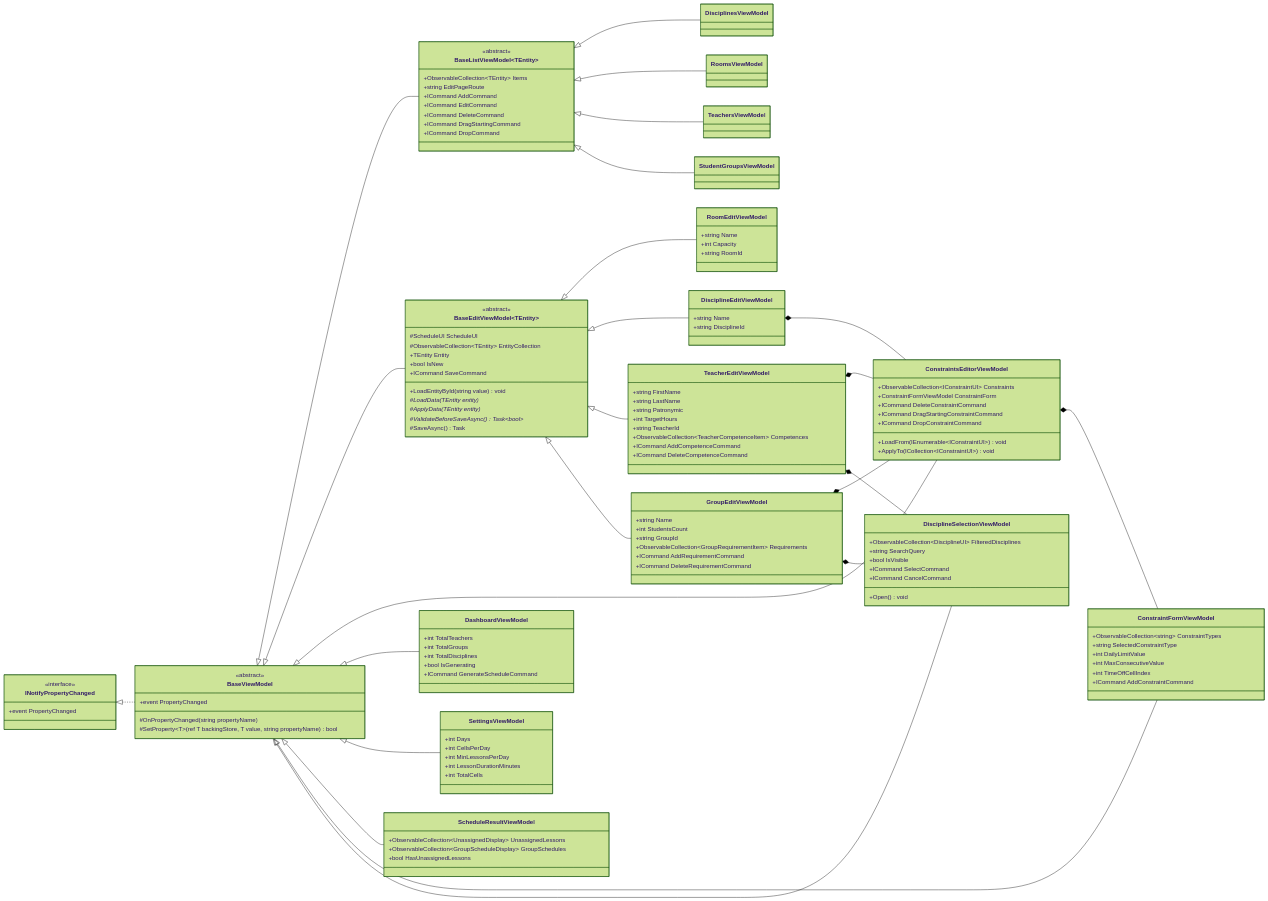
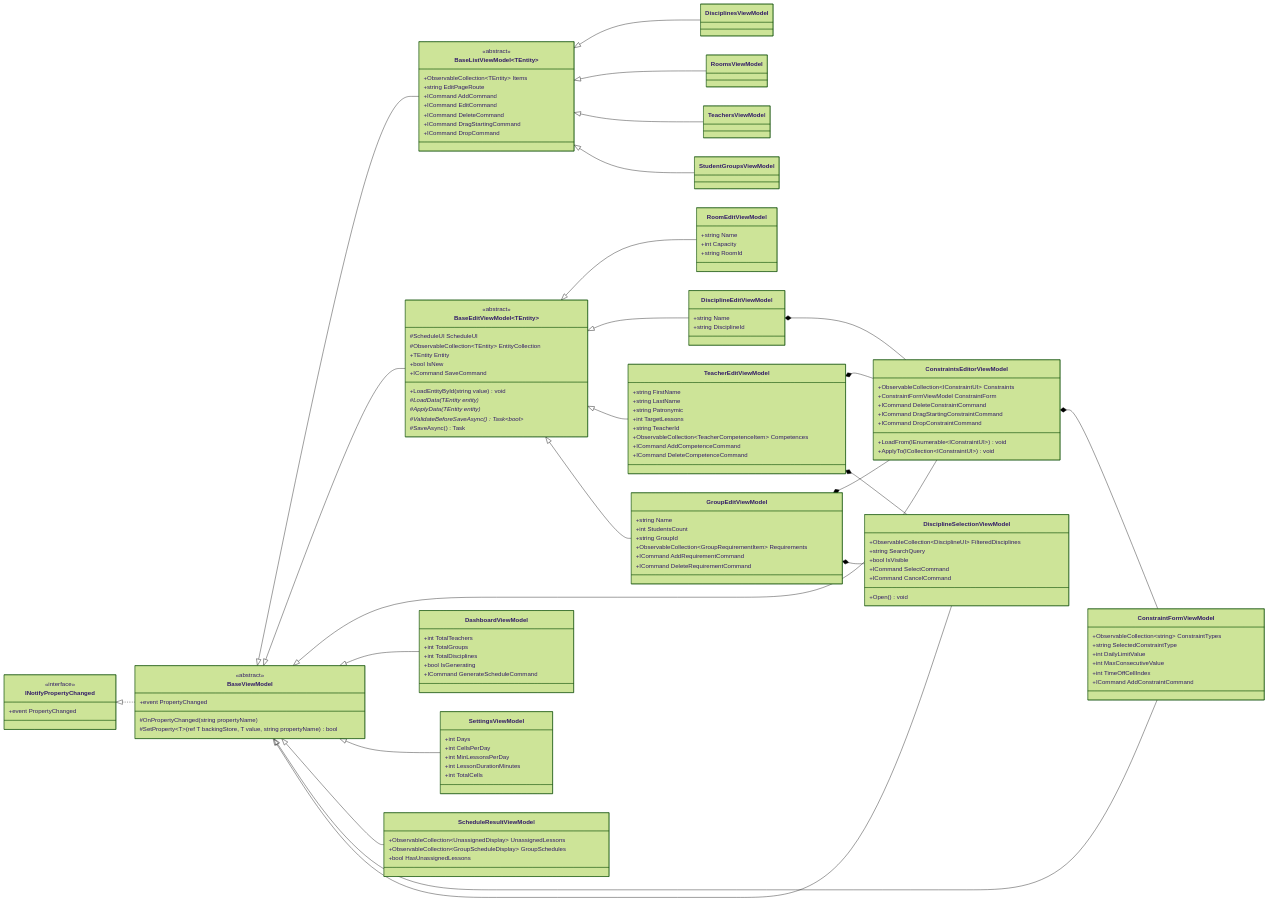
One commit to WDYT32/Lab1MAUI changed the sixth of 6 diagrams in README.md. Above: the diagram before and after it, drawn with Mermaid (forest theme). The commit also changed other lines of this file and 41 other files, not shown here.

```diff
--- a/README.md
+++ b/README.md
@@ -549,7 +549,7 @@
         +string FirstName
         +string LastName
         +string Patronymic
-        +int TargetHours
+        +int TargetLessons
         +string TeacherId
         +ObservableCollection~TeacherCompetenceItem~ Competences
         +ICommand AddCompetenceCommand
```
